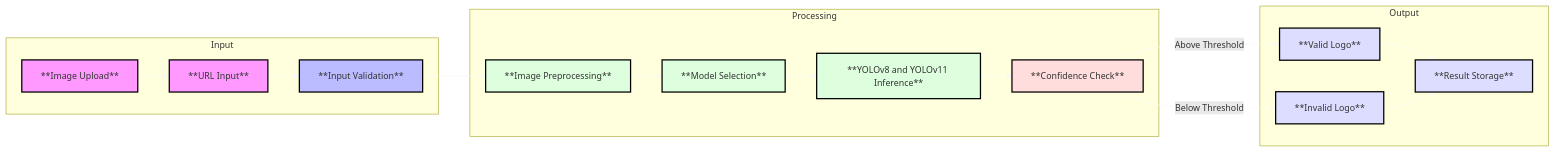
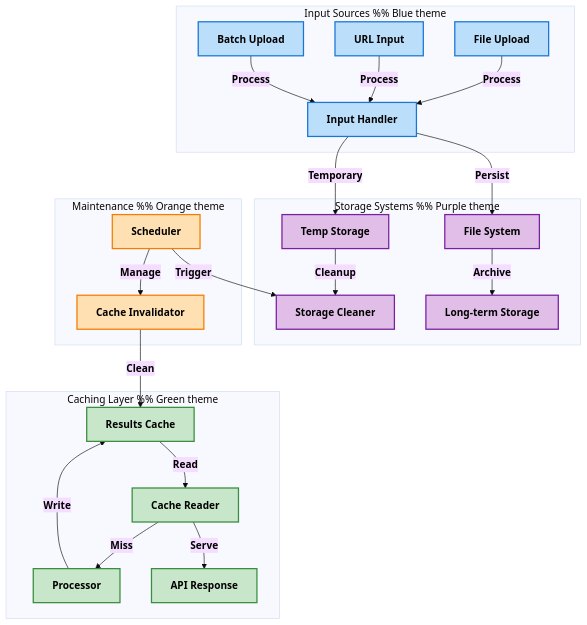
One commit to Dhruv0306/SymphonyProject1 changed the fifth of 5 diagrams in README.md. Above: the diagram before and after it, drawn with Mermaid. The commit also changed other lines of this file and 17 other files, not shown here.

````diff
--- a/README.md
+++ b/README.md
@@ -59,41 +252,48 @@
 ```mermaid
-%%{
-  init: {
-    'themeVariables': {
-      'fontSize': '14px',
-      'fontFamily': 'Arial, sans-serif'
-    }
-  }
-}%%
-flowchart LR
-    subgraph Input
-        A[**Image Upload**] --> B[**URL Input**]
-        B --> C[**Input Validation**]
+%%{init: {'theme': 'base', 'themeVariables': { 'fontFamily': 'arial', 'fontSize': '16px'}}}%%
+graph TD
+    subgraph "Input Sources" %% Blue theme
+        style A1 fill:#bbdefb,stroke:#1976d2,stroke-width:2px,color:#000000,font-weight:bold
+        style A2 fill:#bbdefb,stroke:#1976d2,stroke-width:2px,color:#000000,font-weight:bold
+        style A3 fill:#bbdefb,stroke:#1976d2,stroke-width:2px,color:#000000,font-weight:bold
+        style B fill:#bbdefb,stroke:#1976d2,stroke-width:2px,color:#000000,font-weight:bold
+        A1[File Upload] -->|Process| B[Input Handler]
+        A2[URL Input] -->|Process| B
+        A3[Batch Upload] -->|Process| B
     end
-    
-    subgraph Processing
-        C --> D[**Image Preprocessing**]
-        D --> E[**Model Selection**]
-        E --> F[**YOLOv8 and YOLOv11 Inference**]
-        F --> G[**Confidence Check**]
+
+    subgraph "Storage Systems" %% Purple theme
+        style C fill:#e1bee7,stroke:#7b1fa2,stroke-width:2px,color:#000000,font-weight:bold
+        style D fill:#e1bee7,stroke:#7b1fa2,stroke-width:2px,color:#000000,font-weight:bold
+        style E fill:#e1bee7,stroke:#7b1fa2,stroke-width:2px,color:#000000,font-weight:bold
+        style F fill:#e1bee7,stroke:#7b1fa2,stroke-width:2px,color:#000000,font-weight:bold
+        B -->|Temporary| C[Temp Storage]
+        B -->|Persist| D[File System]
+        
+        C -->|Cleanup| E[Storage Cleaner]
+        D -->|Archive| F[Long-term Storage]
     end
-    
-    subgraph Output
-        G -->|Above Threshold| H[**Valid Logo**]
-        G -->|Below Threshold| I[**Invalid Logo**]
-        H --> J[**Result Storage**]
-        I --> J
+
+    subgraph "Caching Layer" %% Green theme
+        style G fill:#c8e6c9,stroke:#388e3c,stroke-width:2px,color:#000000,font-weight:bold
+        style H fill:#c8e6c9,stroke:#388e3c,stroke-width:2px,color:#000000,font-weight:bold
+        style I fill:#c8e6c9,stroke:#388e3c,stroke-width:2px,color:#000000,font-weight:bold
+        style J fill:#c8e6c9,stroke:#388e3c,stroke-width:2px,color:#000000,font-weight:bold
+        G[Results Cache] -->|Read| H[Cache Reader]
+        I[Processor] -->|Write| G
+        
+        H -->|Serve| J[API Response]
+        H -->|Miss| I
     end
-    linkStyle default stroke-width: 3px
-    linkStyle default stroke: #FAF9F6
-    style A fill:#f9f,stroke:#000,stroke-width:2px,color:000
-    style B fill:#f9f,stroke:#000,stroke-width:2px,color:000
-    style C fill:#bbf,stroke:#000,stroke-width:2px,color:000
-    style D fill:#dfd,stroke:#000,stroke-width:2px,color:000
-    style E fill:#dfd,stroke:#000,stroke-width:2px,color:000
-    style F fill:#dfd,stroke:#000,stroke-width:2px,color:000
-    style G fill:#fdd,stroke:#000,stroke-width:2px,color:000
-    style H fill:#ddf,stroke:#000,stroke-width:2px,color:000
-    style I fill:#ddf,stroke:#000,stroke-width:2px,color:000
-    style J fill:#ddf,stroke:#000,stroke-width:2px,color:000
+
+    subgraph "Maintenance" %% Orange theme
+        style K fill:#ffe0b2,stroke:#f57c00,stroke-width:2px,color:#000000,font-weight:bold
+        style L fill:#ffe0b2,stroke:#f57c00,stroke-width:2px,color:#000000,font-weight:bold
+        K[Scheduler] -->|Trigger| E
+        K -->|Manage| L[Cache Invalidator]
+        L -->|Clean| G
+    end
+
+    %% Style all edge labels
+    linkStyle default color:#000000,font-weight:bold
 ```
````
